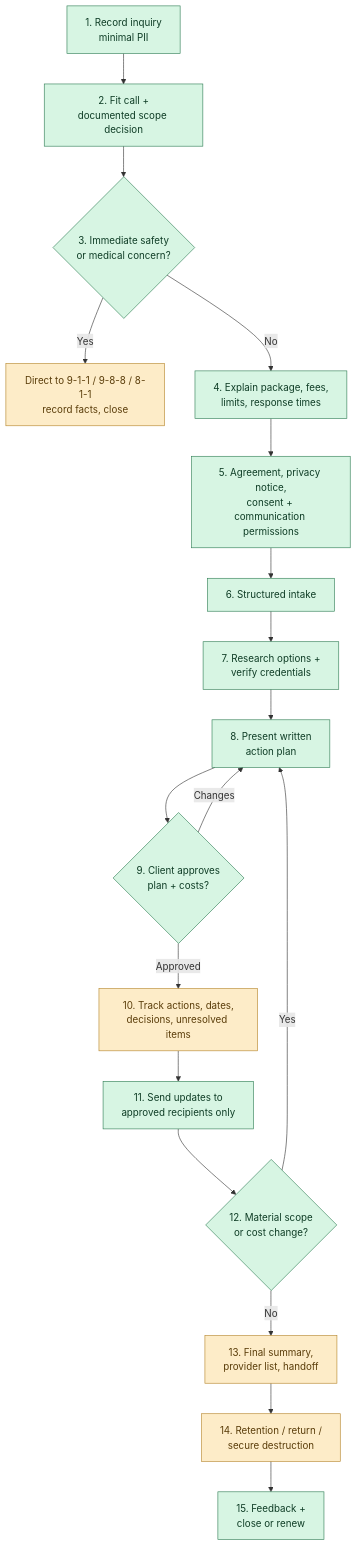
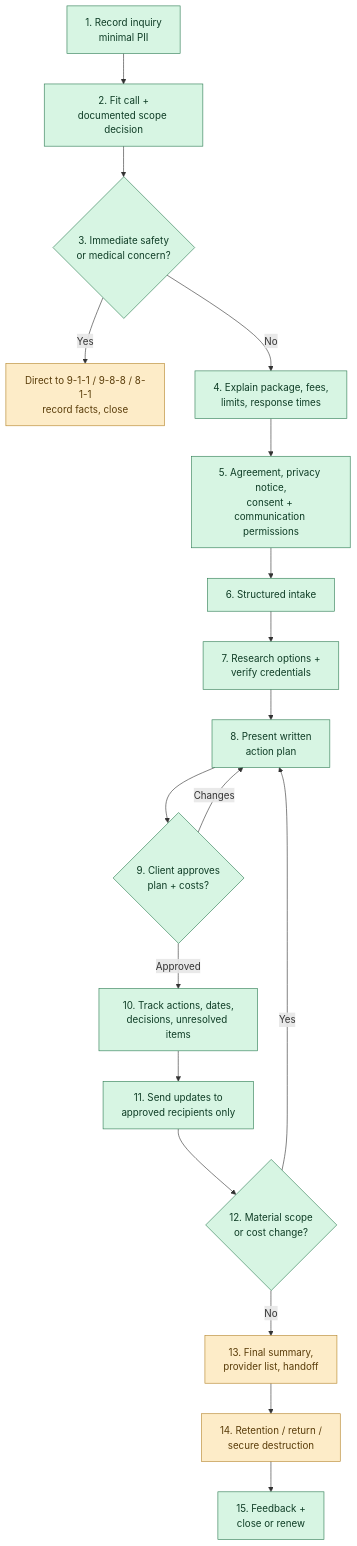
One commit to Yruhere1974/Fixer changed the diagram in Project_Operating_System.md. Above: the diagram before and after it, drawn with Mermaid. The commit also changed other lines of this file and 9 other files, not shown here.

````diff
--- a/Project_Operating_System.md
+++ b/Project_Operating_System.md
@@ -478,24 +478,24 @@
 ```mermaid
 flowchart TD
     S1[1. Record inquiry<br/>minimal PII]:::ok --> S2[2. Fit call +<br/>documented scope decision]:::ok
     S2 --> S3{3. Immediate safety<br/>or medical concern?}:::ok
     S3 -- Yes --> E[Direct to 9-1-1 / 9-8-8 / 8-1-1<br/>record facts, close]:::partial
     S3 -- No --> S4[4. Explain package, fees,<br/>limits, response times]:::ok
     S4 --> S5[5. Agreement, privacy notice,<br/>consent + communication permissions]:::ok
     S5 --> S6[6. Structured intake]:::ok
     S6 --> S7[7. Research options +<br/>verify credentials]:::ok
     S7 --> S8[8. Present written<br/>action plan]:::ok
     S8 --> S9{9. Client approves<br/>plan + costs?}:::ok
     S9 -- Changes --> S8
-    S9 -- Approved --> S10[10. Track actions, dates,<br/>decisions, unresolved items]:::partial
+    S9 -- Approved --> S10[10. Track actions, dates,<br/>decisions, unresolved items]:::ok
     S10 --> S11[11. Send updates to<br/>approved recipients only]:::ok
     S11 --> S12{12. Material scope<br/>or cost change?}:::ok
     S12 -- Yes --> S8
     S12 -- No --> S13[13. Final summary,<br/>provider list, handoff]:::partial
     S13 --> S14[14. Retention / return /<br/>secure destruction]:::partial
     S14 --> S15[15. Feedback +<br/>close or renew]:::ok
 
     classDef ok fill:#d7f5e3,stroke:#2f7d54,color:#0f3d26;
     classDef partial fill:#fdecc8,stroke:#b5852a,color:#5a3d0a;
     classDef notbuilt fill:#ffdad6,stroke:#ba1a1a,color:#7a0e0e;
 ```
````
